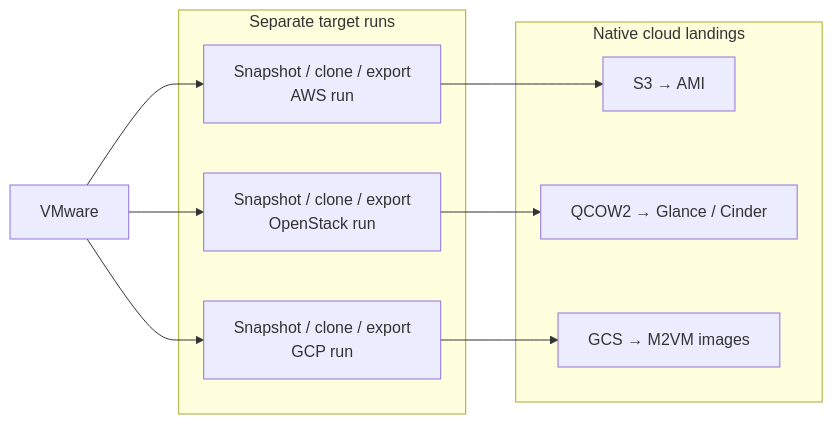
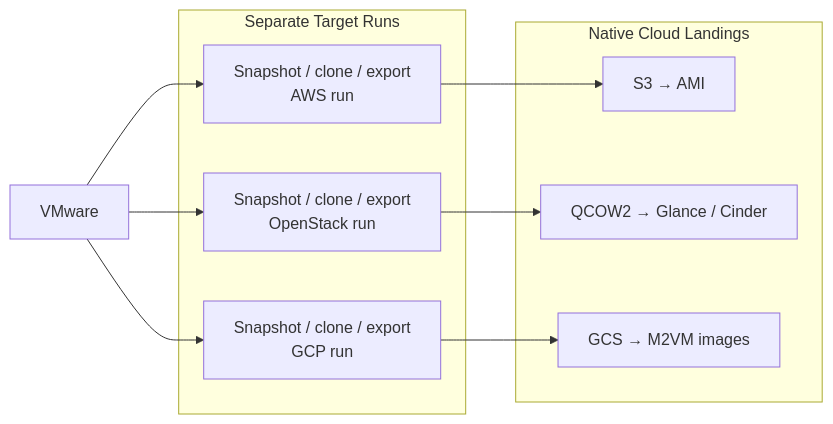
Before and after one commit to jjbailey/migrate-vmware: the diagram in doc/workflow.md, drawn with Mermaid. The commit also changed 1 other file, not shown here.

Commit message:
update docs folder

````diff
--- a/doc/workflow.md
+++ b/doc/workflow.md
@@ -13,20 +13,20 @@
 ```mermaid
 flowchart LR
     VM["VMware"]
 
-    subgraph RUNS["Separate target runs"]
+    subgraph RUNS["Separate Target Runs"]
         AWSRUN["Snapshot / clone / export<br/>AWS run"]
         OSRUN["Snapshot / clone / export<br/>OpenStack run"]
         GCPRUN["Snapshot / clone / export<br/>GCP run"]
     end
 
-    subgraph LANDINGS["Native cloud landings"]
+    subgraph LANDINGS["Native Cloud Landings"]
         AWS["S3 → AMI"]
         OS["QCOW2 → Glance / Cinder"]
         GCP["GCS → M2VM images"]
     end
 
     VM --> AWSRUN --> AWS
     VM --> OSRUN --> OS
     VM --> GCPRUN --> GCP
 ```
````
